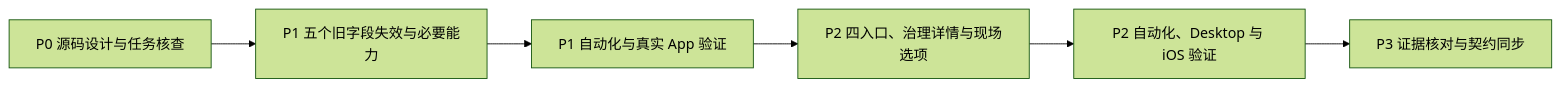
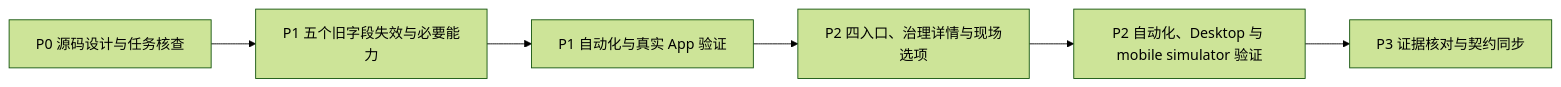
The diagram in docs/development/active/simple-settings/plan.md (edonyzpc/personal-assistant), drawn with Mermaid (forest theme) before and after one commit. The commit also changed other lines of this file and 9 other files, not shown here.

````diff
--- a/docs/development/active/simple-settings/plan.md
+++ b/docs/development/active/simple-settings/plan.md
@@ -22,8 +22,8 @@
 ```mermaid
 flowchart LR
   D["P0 源码设计与任务核查"] --> M["P1 五个旧字段失效与必要能力"]
   M --> G1["P1 自动化与真实 App 验证"]
   G1 --> U["P2 四入口、治理详情与现场选项"]
-  U --> G2["P2 自动化、Desktop 与 iOS 验证"]
+  U --> G2["P2 自动化、Desktop 与 mobile simulator 验证"]
   G2 --> A["P3 证据核对与契约同步"]
 ```
````
